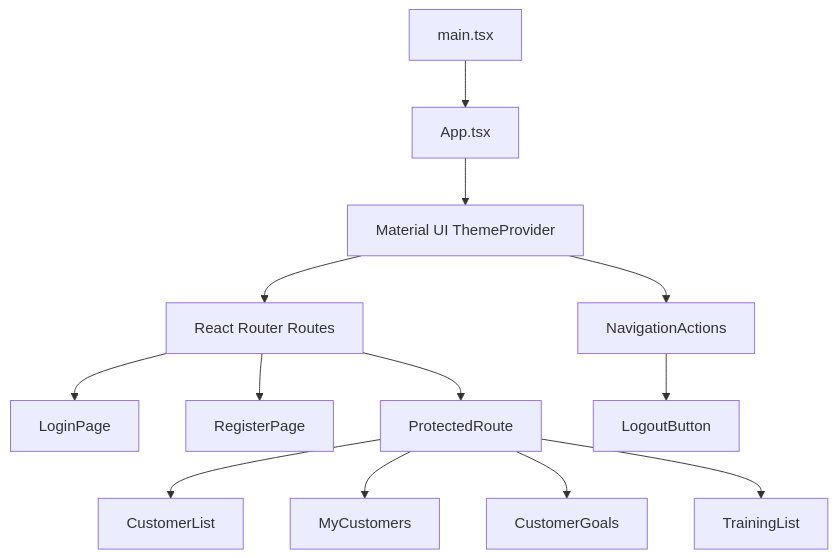
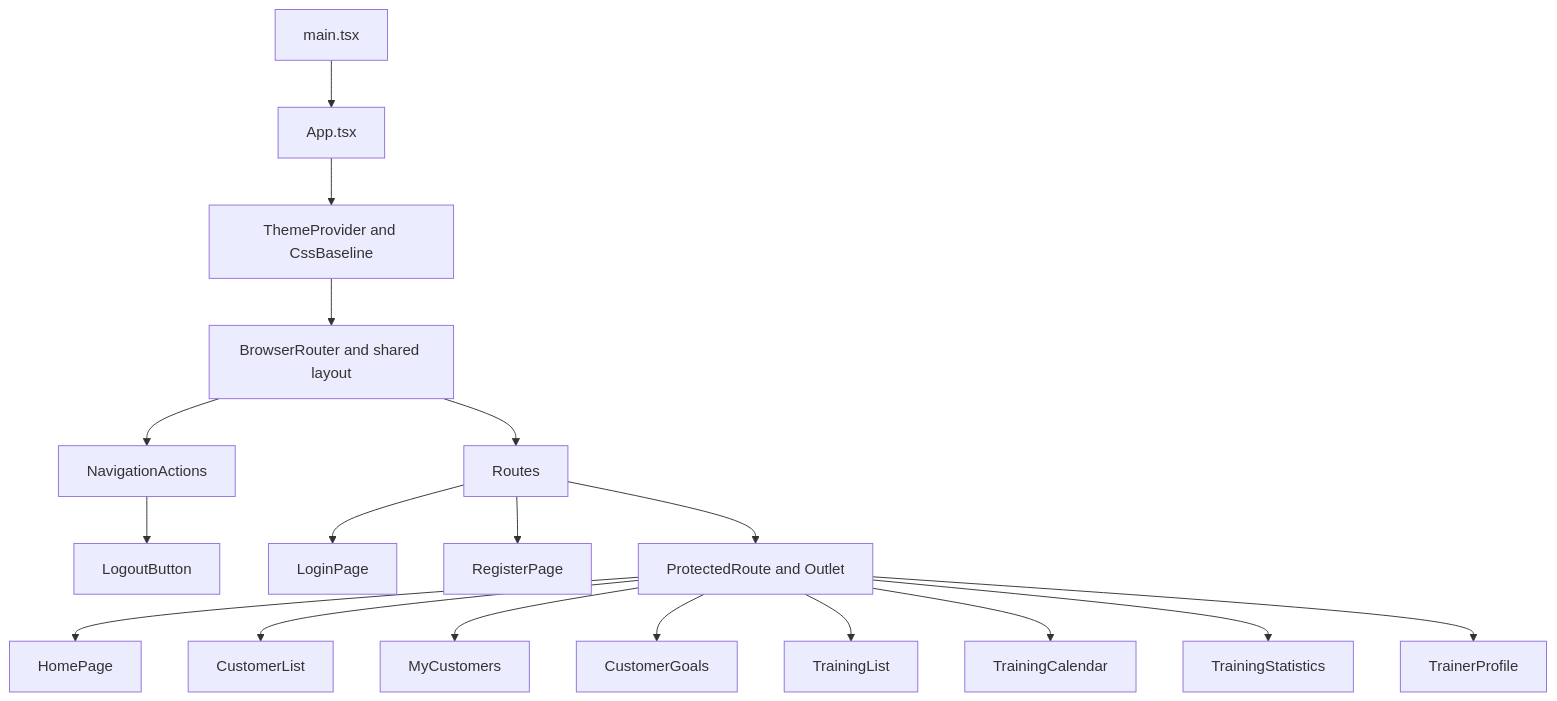
One commit to Samir-BK/Personal-Trainer changed the third of 4 diagrams in frontend/README.md. Above: the diagram before and after it, drawn with Mermaid. The commit also changed other lines of this file, not shown here.

````diff
--- a/frontend/README.md
+++ b/frontend/README.md
@@ -142,15 +163,20 @@
 ```mermaid
 flowchart TD
-    A[main.tsx] --> B[App.tsx]
-    B --> T[Material UI ThemeProvider]
-    T --> N[NavigationActions]
-    T --> RT[React Router Routes]
-    RT --> L[LoginPage]
-    RT --> RG[RegisterPage]
-    RT --> P[ProtectedRoute]
+    M[main.tsx] --> A[App.tsx]
+    A --> T[ThemeProvider and CssBaseline]
+    T --> B[BrowserRouter and shared layout]
+    B --> N[NavigationActions]
+    N --> LO[LogoutButton]
+    B --> R[Routes]
+    R --> L[LoginPage]
+    R --> RG[RegisterPage]
+    R --> P[ProtectedRoute and Outlet]
+    P --> H[HomePage]
     P --> C[CustomerList]
     P --> MC[MyCustomers]
     P --> G[CustomerGoals]
     P --> TR[TrainingList]
-    N --> LO[LogoutButton]
+    P --> CA[TrainingCalendar]
+    P --> S[TrainingStatistics]
+    P --> PR[TrainerProfile]
 ```
````
